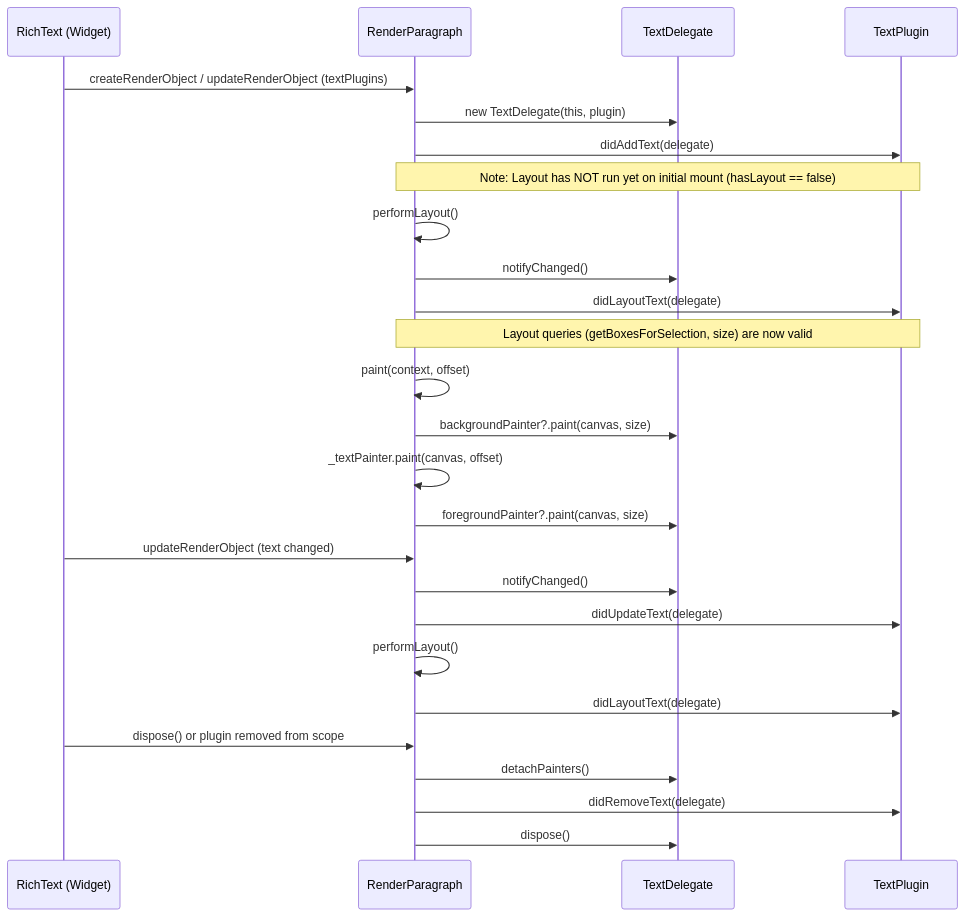
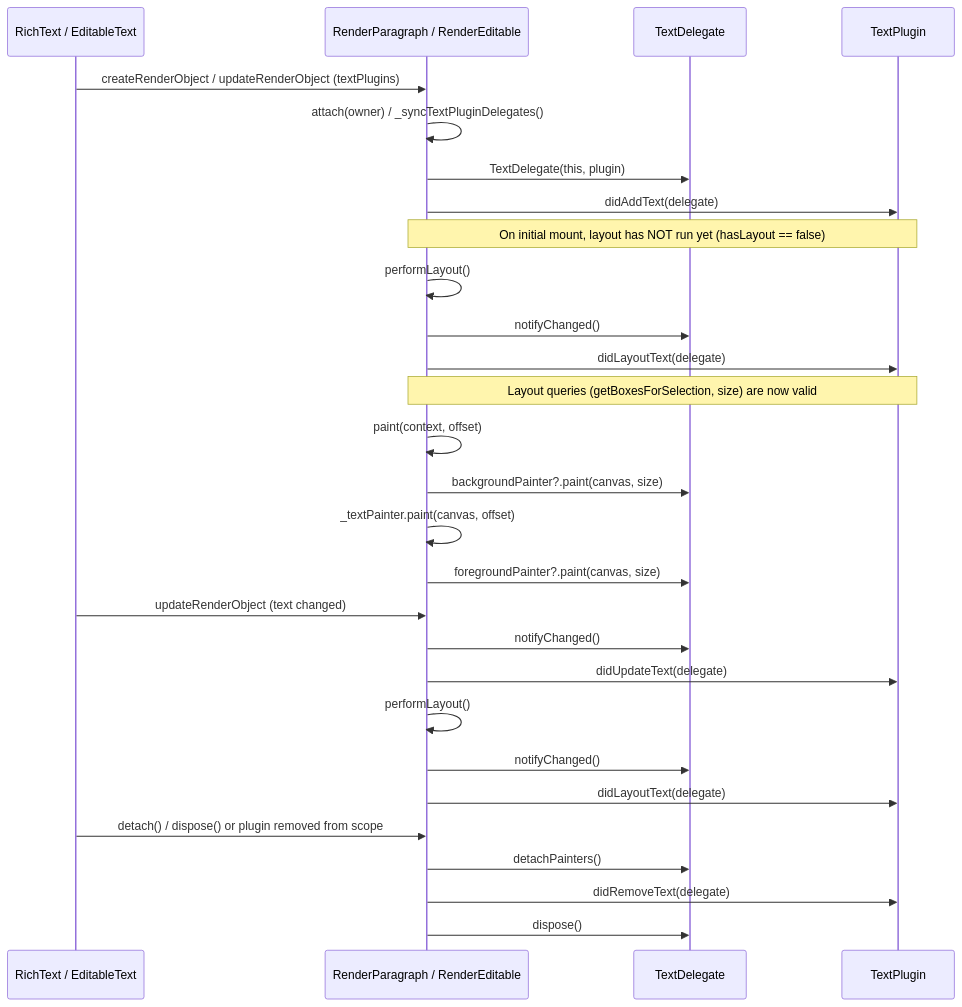
Before and after one commit to hannah-hyj/flutter: the second of 3 diagrams in text_plugins_design_doc.md, drawn with Mermaid. The commit also changed other lines of this file and 5 other files, not shown here.

Commit message:
add _selectionHighlightPlugin, adjust mermaid

````diff
--- a/text_plugins_design_doc.md
+++ b/text_plugins_design_doc.md
@@ -291,33 +309,35 @@
 ```mermaid
 sequenceDiagram
-    participant W as RichText (Widget)
-    participant RP as RenderParagraph
+    participant W as RichText / EditableText
+    participant RO as RenderParagraph / RenderEditable
     participant TD as TextDelegate
     participant TP as TextPlugin
 
-    W->>RP: createRenderObject / updateRenderObject (textPlugins)
-    RP->>TD: new TextDelegate(this, plugin)
-    RP->>TP: didAddText(delegate)
-    Note over RP,TP: Note: Layout has NOT run yet on initial mount (hasLayout == false)
+    W->>RO: createRenderObject / updateRenderObject (textPlugins)
+    RO->>RO: attach(owner) / _syncTextPluginDelegates()
+    RO->>TD: TextDelegate(this, plugin)
+    RO->>TP: didAddText(delegate)
+    Note over RO,TP: On initial mount, layout has NOT run yet (hasLayout == false)
 
-    RP->>RP: performLayout()
-    RP->>TD: notifyChanged()
-    RP->>TP: didLayoutText(delegate)
-    Note over RP,TP: Layout queries (getBoxesForSelection, size) are now valid
+    RO->>RO: performLayout()
+    RO->>TD: notifyChanged()
+    RO->>TP: didLayoutText(delegate)
+    Note over RO,TP: Layout queries (getBoxesForSelection, size) are now valid
 
-    RP->>RP: paint(context, offset)
-    RP->>TD: backgroundPainter?.paint(canvas, size)
-    RP->>RP: _textPainter.paint(canvas, offset)
-    RP->>TD: foregroundPainter?.paint(canvas, size)
+    RO->>RO: paint(context, offset)
+    RO->>TD: backgroundPainter?.paint(canvas, size)
+    RO->>RO: _textPainter.paint(canvas, offset)
+    RO->>TD: foregroundPainter?.paint(canvas, size)
 
-    W->>RP: updateRenderObject (text changed)
-    RP->>TD: notifyChanged()
-    RP->>TP: didUpdateText(delegate)
-    RP->>RP: performLayout()
-    RP->>TP: didLayoutText(delegate)
+    W->>RO: updateRenderObject (text changed)
+    RO->>TD: notifyChanged()
+    RO->>TP: didUpdateText(delegate)
+    RO->>RO: performLayout()
+    RO->>TD: notifyChanged()
+    RO->>TP: didLayoutText(delegate)
 
-    W->>RP: dispose() or plugin removed from scope
-    RP->>TD: detachPainters()
-    RP->>TP: didRemoveText(delegate)
-    RP->>TD: dispose()
+    W->>RO: detach() / dispose() or plugin removed from scope
+    RO->>TD: detachPainters()
+    RO->>TP: didRemoveText(delegate)
+    RO->>TD: dispose()
 ```
````
